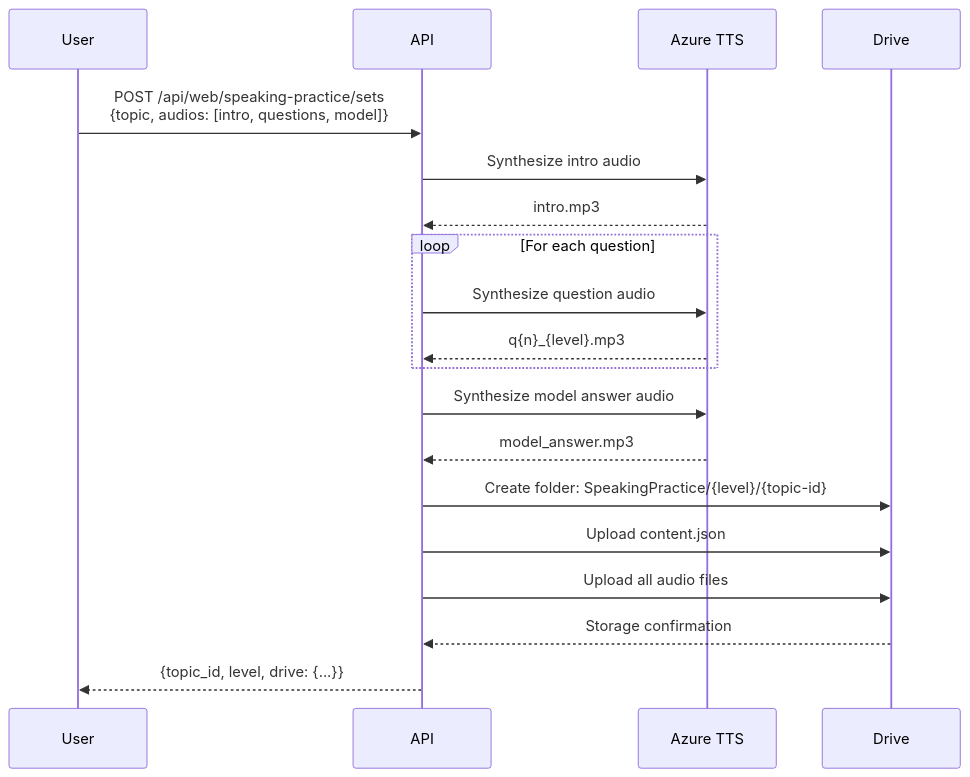
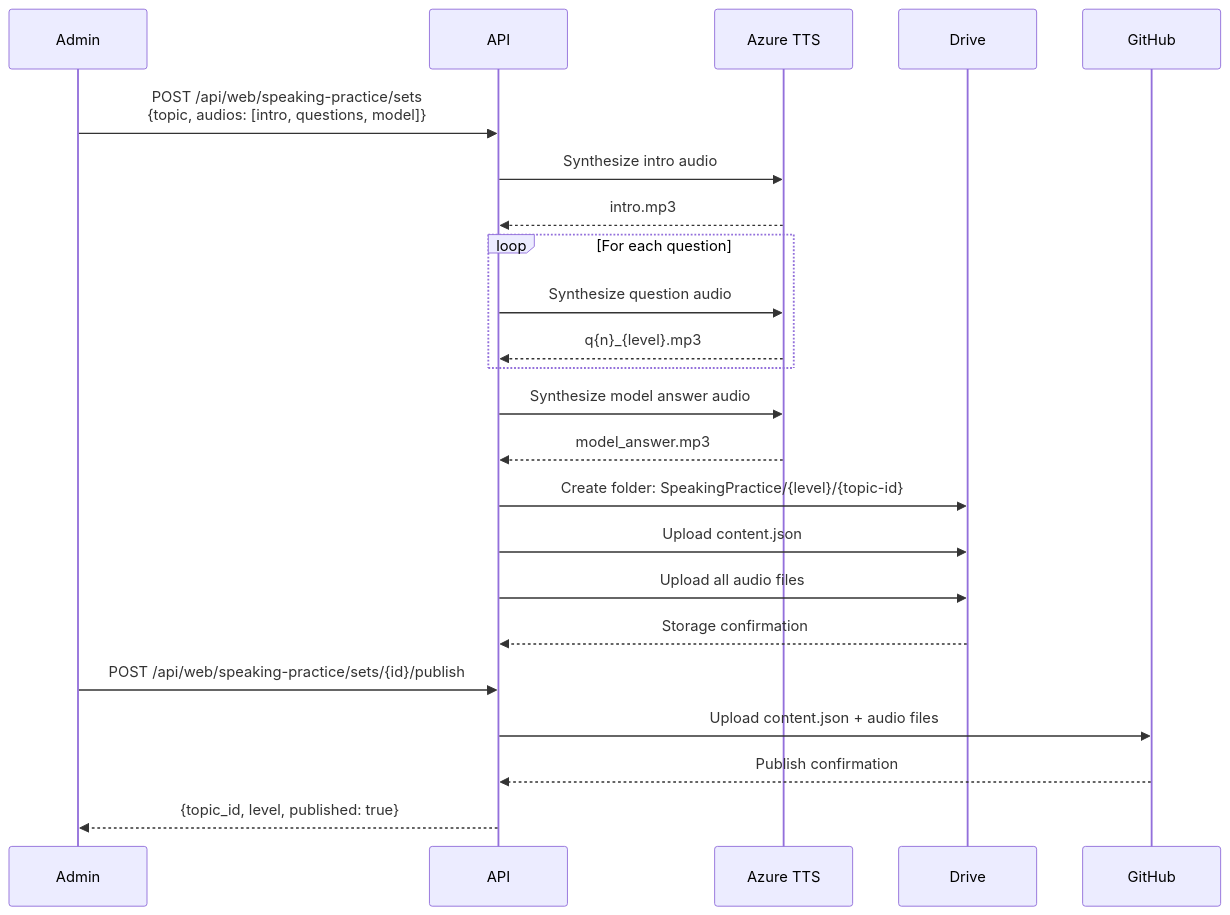
One commit to nldq092203/memomap-learning changed diagram 11 of 12 in backend/README.md. Above: the diagram before and after it, drawn with Mermaid. The commit also changed other lines of this file, not shown here.

````diff
--- a/backend/README.md
+++ b/backend/README.md
@@ -1415,27 +1649,32 @@
 ```mermaid
 sequenceDiagram
-    participant User
+    participant Admin
     participant API
     participant TTS as Azure TTS
     participant Drive
+    participant GitHub
     
-    User->>API: POST /api/web/speaking-practice/sets<br/>{topic, audios: [intro, questions, model]}
+    Admin->>API: POST /api/web/speaking-practice/sets<br/>{topic, audios: [intro, questions, model]}
     
     API->>TTS: Synthesize intro audio
     TTS-->>API: intro.mp3
     
     loop For each question
         API->>TTS: Synthesize question audio
         TTS-->>API: q{n}_{level}.mp3
     end
     
     API->>TTS: Synthesize model answer audio
     TTS-->>API: model_answer.mp3
     
     API->>Drive: Create folder: SpeakingPractice/{level}/{topic-id}
     API->>Drive: Upload content.json
     API->>Drive: Upload all audio files
     Drive-->>API: Storage confirmation
     
-    API-->>User: {topic_id, level, drive: {...}}
+    Admin->>API: POST /api/web/speaking-practice/sets/{id}/publish
+    API->>GitHub: Upload content.json + audio files
+    GitHub-->>API: Publish confirmation
+    
+    API-->>Admin: {topic_id, level, published: true}
 ```
````
